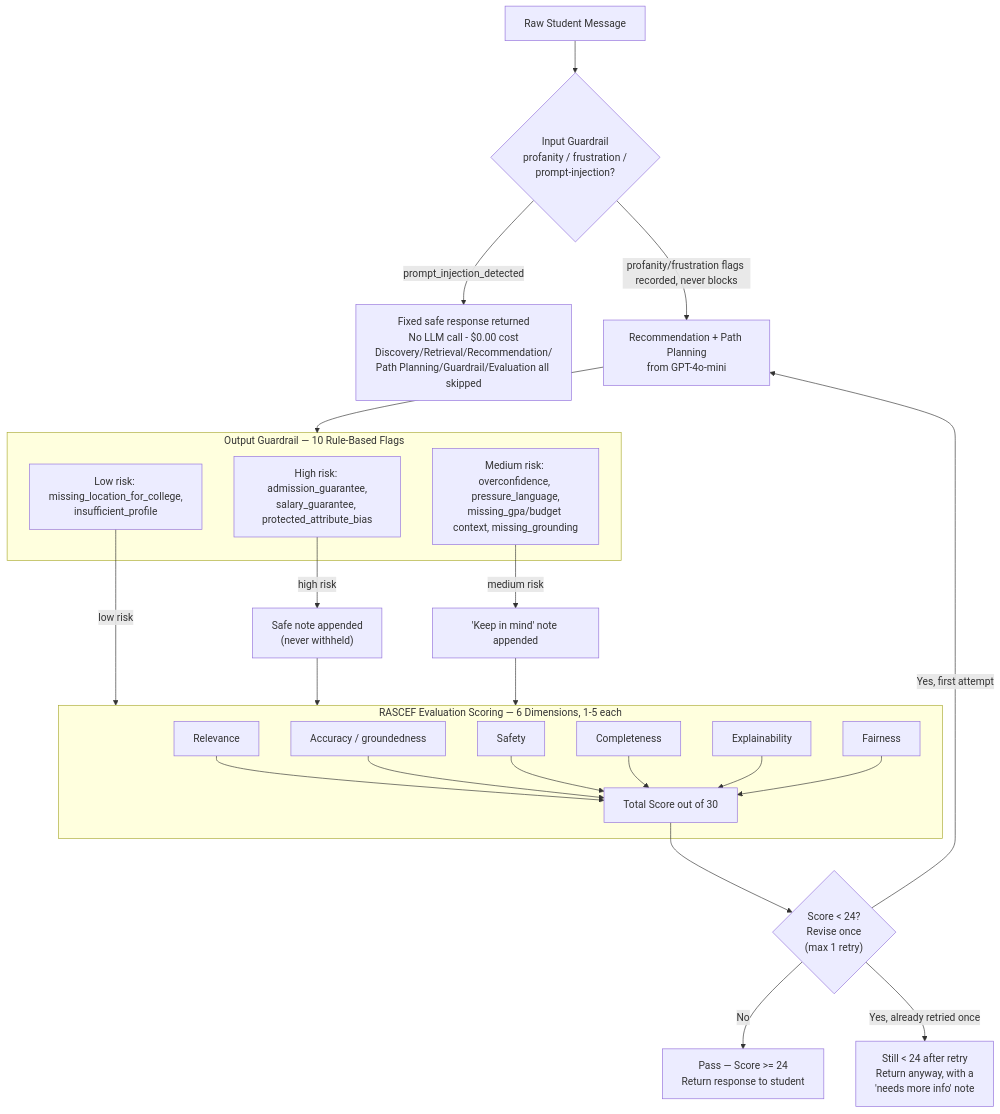
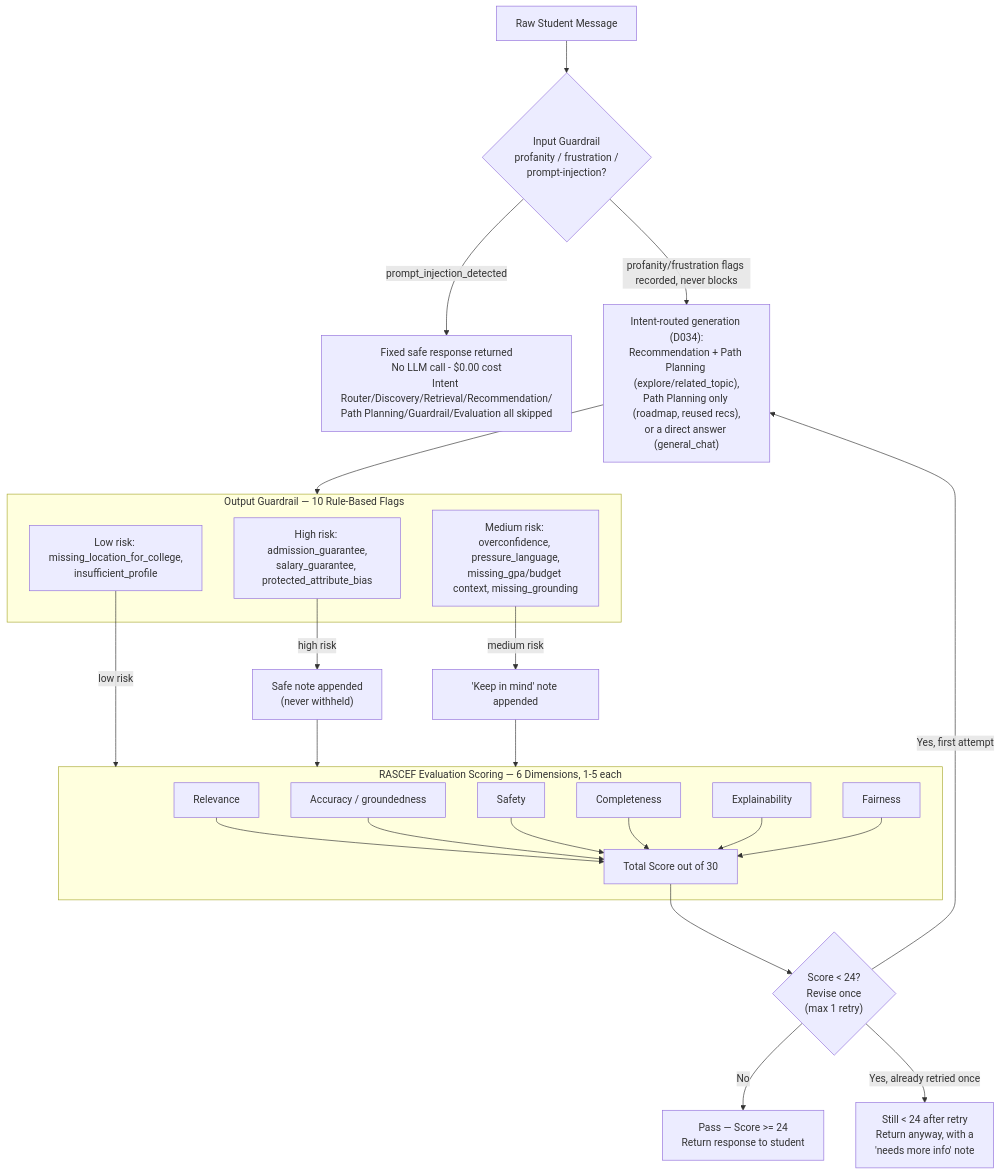
One commit to a-koder/pathfinder-ai changed the fifth of 7 diagrams in docs/08_Diagrams.md. Above: the diagram before and after it, drawn with Mermaid. The commit also changed other lines of this file and 20 other files, not shown here.

````diff
--- a/docs/08_Diagrams.md
+++ b/docs/08_Diagrams.md
@@ -246,43 +260,43 @@
 ```mermaid
 flowchart TD
     MSG["Raw Student Message"]
     IG{"Input Guardrail\nprofanity / frustration /\nprompt-injection?"}
-    BLOCKED["Fixed safe response returned\nNo LLM call - $0.00 cost\nDiscovery/Retrieval/Recommendation/\nPath Planning/Guardrail/Evaluation all skipped"]
-    GEN["Recommendation + Path Planning\nfrom GPT-4o-mini"]
+    BLOCKED["Fixed safe response returned\nNo LLM call - $0.00 cost\nIntent Router/Discovery/Retrieval/Recommendation/\nPath Planning/Guardrail/Evaluation all skipped"]
+    GEN["Intent-routed generation (D034):\nRecommendation + Path Planning (explore/related_topic),\nPath Planning only (roadmap, reused recs),\nor a direct answer (general_chat)"]
 
     subgraph Guardrails ["Output Guardrail — 10 Rule-Based Flags"]
         G1["High risk: admission_guarantee,\nsalary_guarantee, protected_attribute_bias"]
         G2["Medium risk: overconfidence, pressure_language,\nmissing_gpa/budget context, missing_grounding"]
         G3["Low risk: missing_location_for_college,\ninsufficient_profile"]
     end
 
     subgraph Evaluation ["RASCEF Evaluation Scoring — 6 Dimensions, 1-5 each"]
         E1["Relevance"]
         E2["Accuracy / groundedness"]
         E3["Safety"]
         E4["Completeness"]
         E5["Explainability"]
         E6["Fairness"]
         TOTAL["Total Score out of 30"]
     end
 
     PASS["Pass — Score >= 24\nReturn response to student"]
     RETRY{"Score < 24?\nRevise once\n(max 1 retry)"}
     STILLLOW["Still < 24 after retry\nReturn anyway, with a\n'needs more info' note"]
 
     MSG --> IG
     IG -- "prompt_injection_detected" --> BLOCKED
     IG -- "profanity/frustration flags recorded, never blocks" --> GEN
     GEN --> Guardrails
     G1 -- "high risk" --> SAFENOTE["Safe note appended\n(never withheld)"]
     G2 -- "medium risk" --> LIMNOTE["'Keep in mind' note appended"]
     G3 -- "low risk" --> Evaluation
     SAFENOTE --> Evaluation
     LIMNOTE --> Evaluation
 
     E1 & E2 & E3 & E4 & E5 & E6 --> TOTAL
     TOTAL --> RETRY
     RETRY -- "No" --> PASS
     RETRY -- "Yes, first attempt" --> GEN
     RETRY -- "Yes, already retried once" --> STILLLOW
 ```
````
